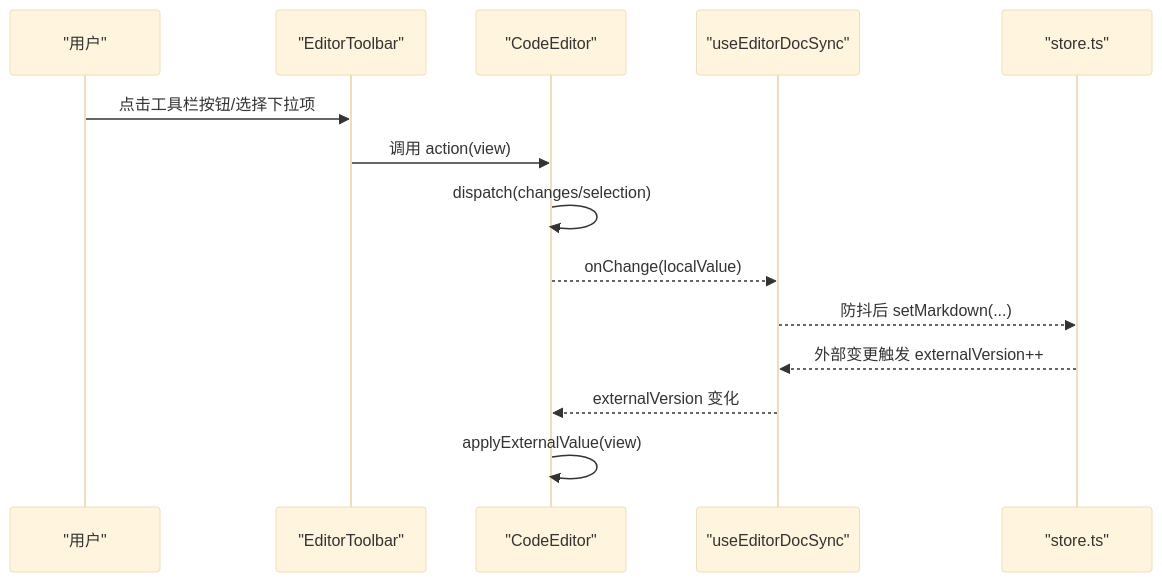
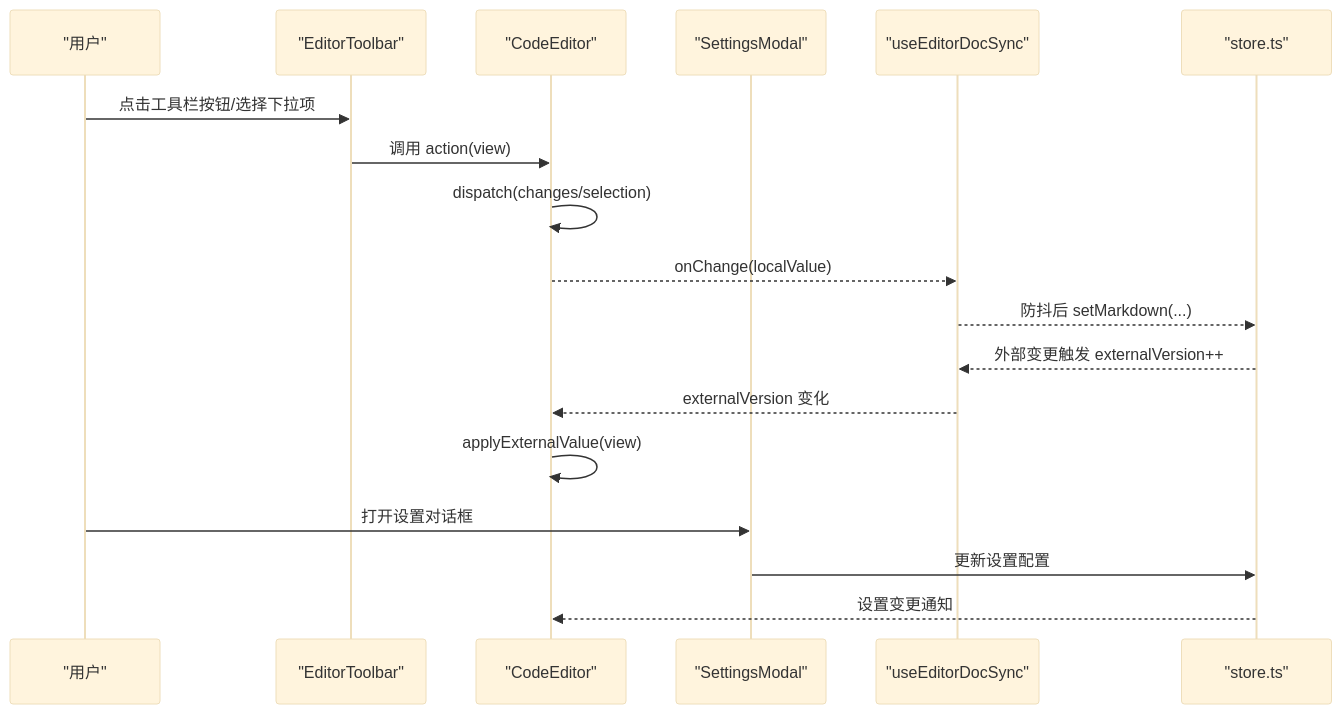
One commit to ZhongXiandou/markdown2view changed the sixth of 8 diagrams in .qoder/repowiki/zh/content/架构设计/组件系统设计/组件系统设计.md. Above: the diagram before and after it, drawn with Mermaid (base theme). The commit also changed other lines of this file and 35 other files, not shown here.

````diff
--- a/.qoder/repowiki/zh/content/架构设计/组件系统设计/组件系统设计.md
+++ b/.qoder/repowiki/zh/content/架构设计/组件系统设计/组件系统设计.md
@@ -256,16 +365,20 @@
 ```mermaid
 sequenceDiagram
 participant U as "用户"
 participant ET as "EditorToolbar"
 participant CE as "CodeEditor"
+participant SM as "SettingsModal"
 participant SYNC as "useEditorDocSync"
 participant STORE as "store.ts"
 U->>ET : 点击工具栏按钮/选择下拉项
 ET->>CE : 调用 action(view)
 CE->>CE : dispatch(changes/selection)
 CE-->>SYNC : onChange(localValue)
 SYNC-->>STORE : 防抖后 setMarkdown(...)
 STORE-->>SYNC : 外部变更触发 externalVersion++
 SYNC-->>CE : externalVersion 变化
 CE->>CE : applyExternalValue(view)
+U->>SM : 打开设置对话框
+SM->>STORE : 更新设置配置
+STORE-->>CE : 设置变更通知
 ```
````
